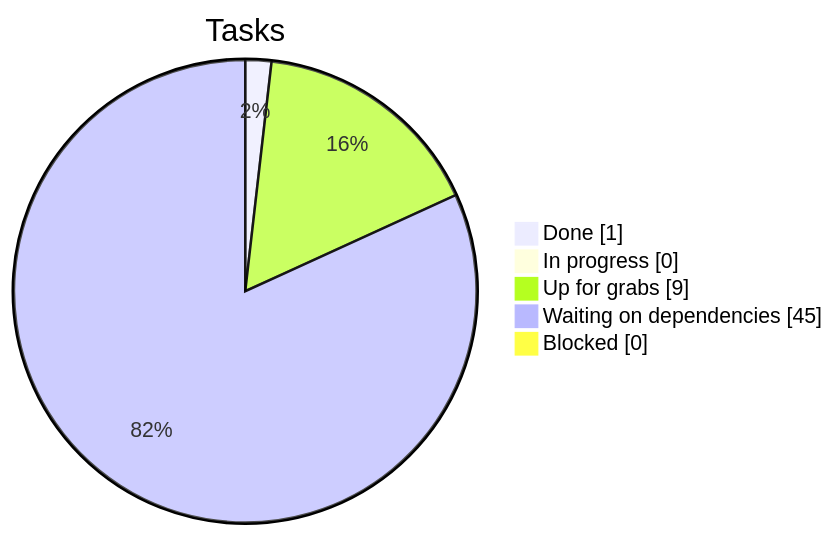
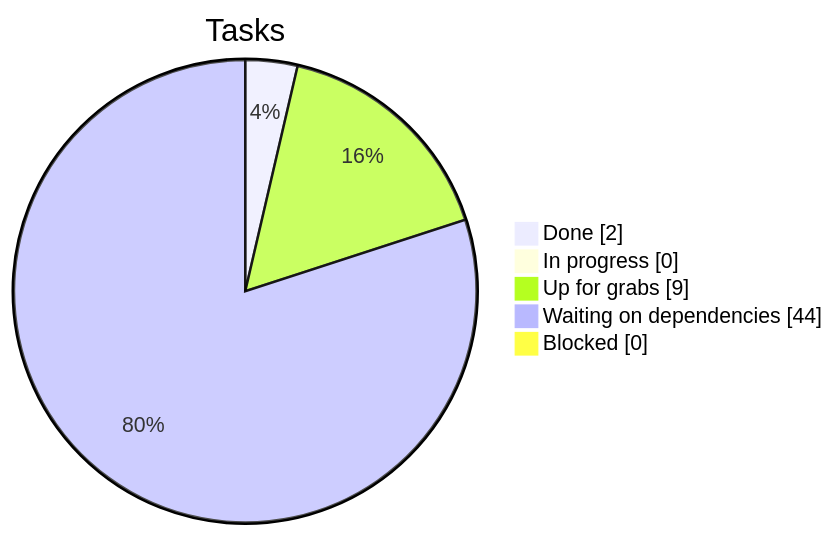
One commit to clementdumeril/tello-balloon-hunter changed the diagram in STATUS.md. Above: the diagram before and after it, drawn with Mermaid. The commit also changed other lines of this file and 1 other file, not shown here.

````diff
--- a/STATUS.md
+++ b/STATUS.md
@@ -10,8 +10,8 @@
 ```mermaid
 pie showData title Tasks
-    "Done" : 1
+    "Done" : 2
     "In progress" : 0
     "Up for grabs" : 9
-    "Waiting on dependencies" : 45
+    "Waiting on dependencies" : 44
     "Blocked" : 0
 ```
````
